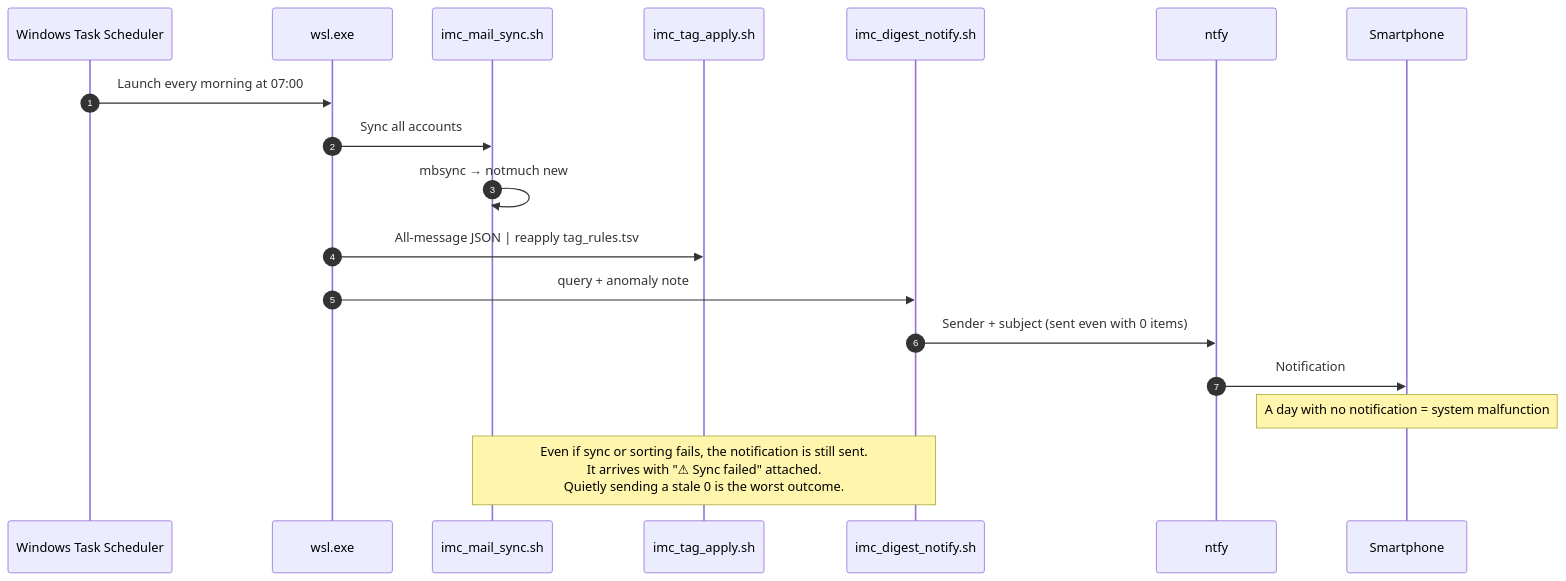
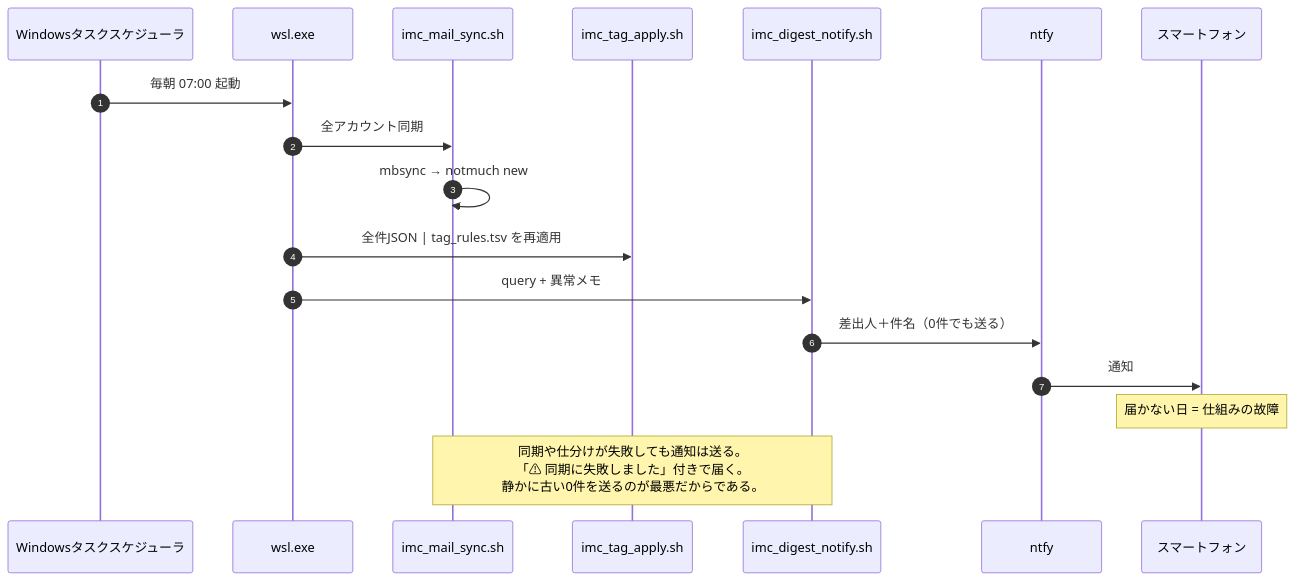
One commit to takamitsu-ishioka/imc changed the second of 2 diagrams in design.en.md. Above: the diagram before and after it, drawn with Mermaid. The commit also changed other lines of this file and 13 other files, not shown here.

````diff
--- a/design.en.md
+++ b/design.en.md
@@ -172,22 +190,22 @@
 ```mermaid
 sequenceDiagram
   autonumber
-  participant TS as Windows Task Scheduler
+  participant TS as Windowsタスクスケジューラ
   participant WSL as wsl.exe
   participant SY as imc_mail_sync.sh
   participant TA as imc_tag_apply.sh
   participant DG as imc_digest_notify.sh
   participant N as ntfy
-  participant P as Smartphone
+  participant P as スマートフォン
 
-  TS->>WSL: Launch every morning at 07:00
-  WSL->>SY: Sync all accounts
+  TS->>WSL: 毎朝 07:00 起動
+  WSL->>SY: 全アカウント同期
   SY->>SY: mbsync → notmuch new
-  WSL->>TA: All-message JSON | reapply tag_rules.tsv
-  WSL->>DG: query + anomaly note
-  DG->>N: Sender + subject (sent even with 0 items)
-  N->>P: Notification
-  Note over P: A day with no notification = system malfunction
+  WSL->>TA: 全件JSON | tag_rules.tsv を再適用
+  WSL->>DG: query + 異常メモ
+  DG->>N: 差出人＋件名（0件でも送る）
+  N->>P: 通知
+  Note over P: 届かない日 = 仕組みの故障
 
-  Note over SY,DG: Even if sync or sorting fails, the notification is still sent.<br/>It arrives with "⚠ Sync failed" attached.<br/>Quietly sending a stale 0 is the worst outcome.
+  Note over SY,DG: 同期や仕分けが失敗しても通知は送る。<br/>「⚠ 同期に失敗しました」付きで届く。<br/>静かに古い0件を送るのが最悪だからである。
 ```
````
